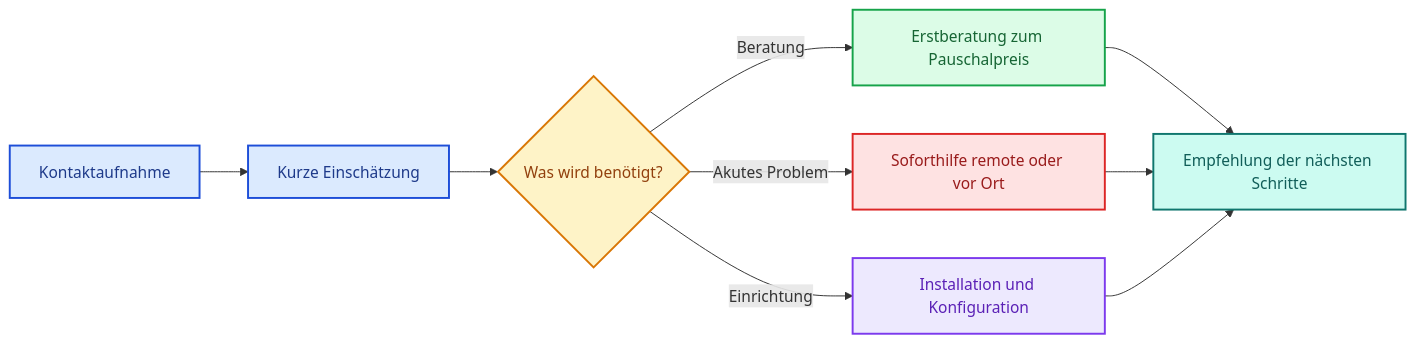
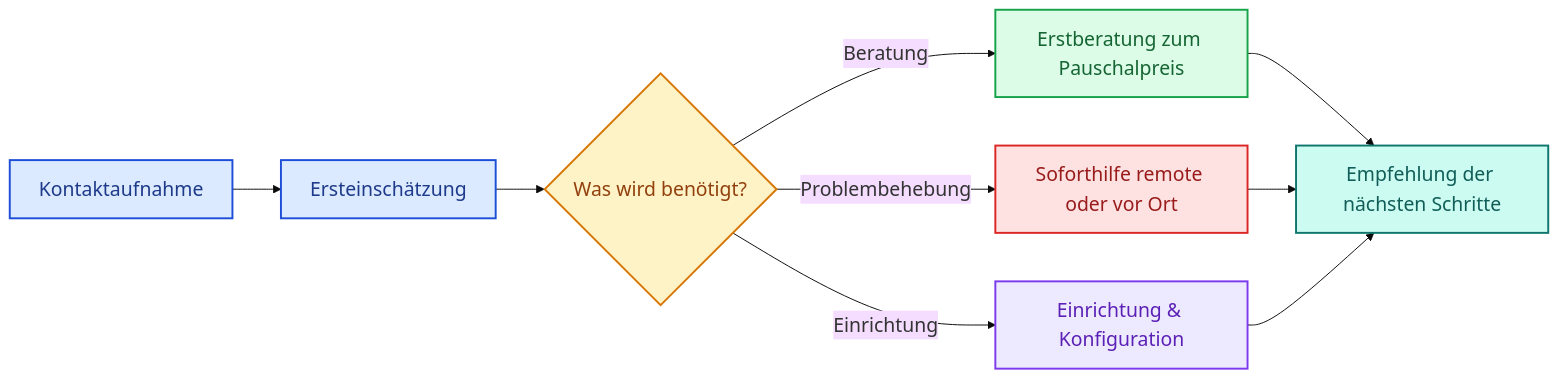
The diagram in README.md (macromeer/macromeer.github.io), drawn with Mermaid before and after one commit.

Commit message:
Update flowchart terms in README.md

````diff
--- a/README.md
+++ b/README.md
@@ -38,25 +38,26 @@
 ```mermaid
+%%{init: {'theme': 'base', 'themeVariables': { 'fontSize': '20px' }}}%%
 flowchart LR
-    A[Kontaktaufnahme] --> B[Kurze Einschätzung]
+    A[Kontaktaufnahme] --> B[Ersteinschätzung]
     B --> C{Was wird benötigt?}
     C -->|Beratung| D[Erstberatung zum Pauschalpreis]
-    C -->|Akutes Problem| E[Soforthilfe remote oder vor Ort]
-    C -->|Einrichtung| F[Installation und Konfiguration]
+    C -->|Problembehebung| E[Soforthilfe remote oder vor Ort]
+    C -->|Einrichtung| F[Einrichtung & Konfiguration]
     D --> G[Empfehlung der nächsten Schritte]
     E --> G
     F --> G
 
     classDef start fill:#dbeafe,stroke:#1d4ed8,color:#1e3a8a,stroke-width:2px;
     classDef decision fill:#fef3c7,stroke:#d97706,color:#92400e,stroke-width:2px;
     classDef consult fill:#dcfce7,stroke:#16a34a,color:#166534,stroke-width:2px;
     classDef urgent fill:#fee2e2,stroke:#dc2626,color:#991b1b,stroke-width:2px;
     classDef setup fill:#ede9fe,stroke:#7c3aed,color:#5b21b6,stroke-width:2px;
     classDef result fill:#ccfbf1,stroke:#0f766e,color:#115e59,stroke-width:2px;
 
     class A,B start;
     class C decision;
     class D consult;
     class E urgent;
     class F setup;
     class G result;
 ```
````
